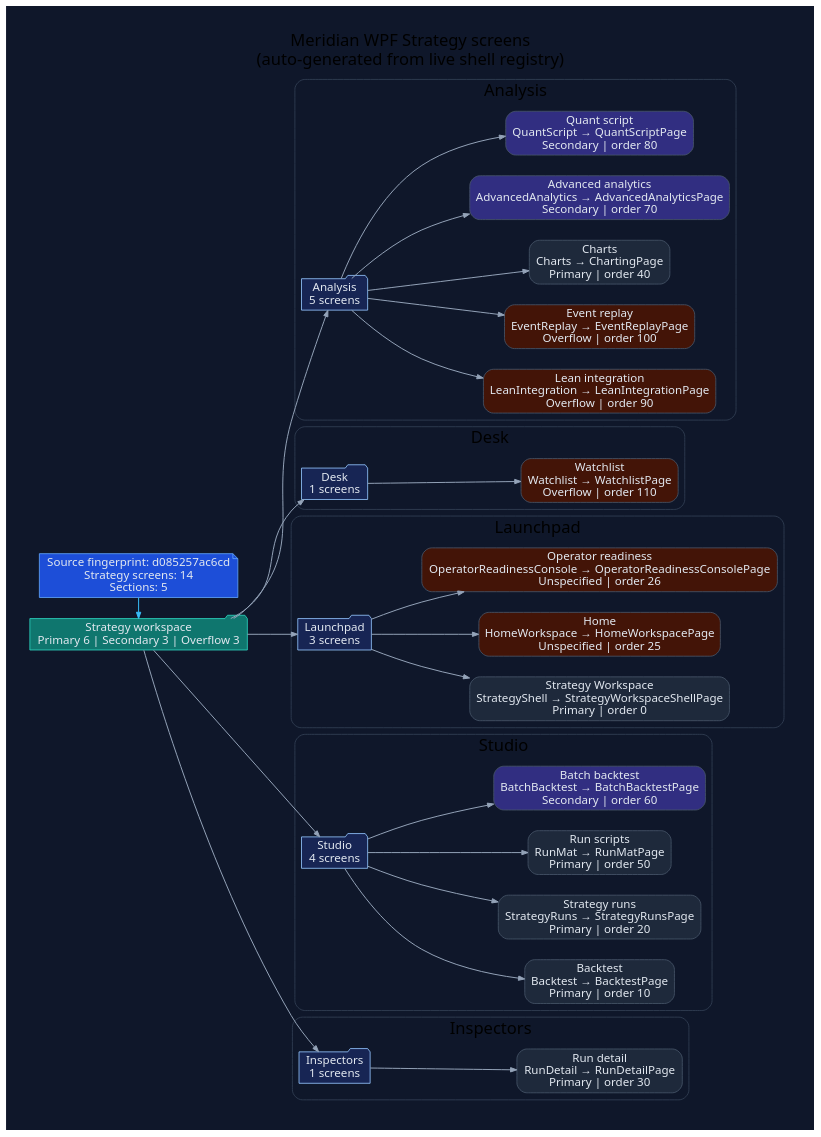
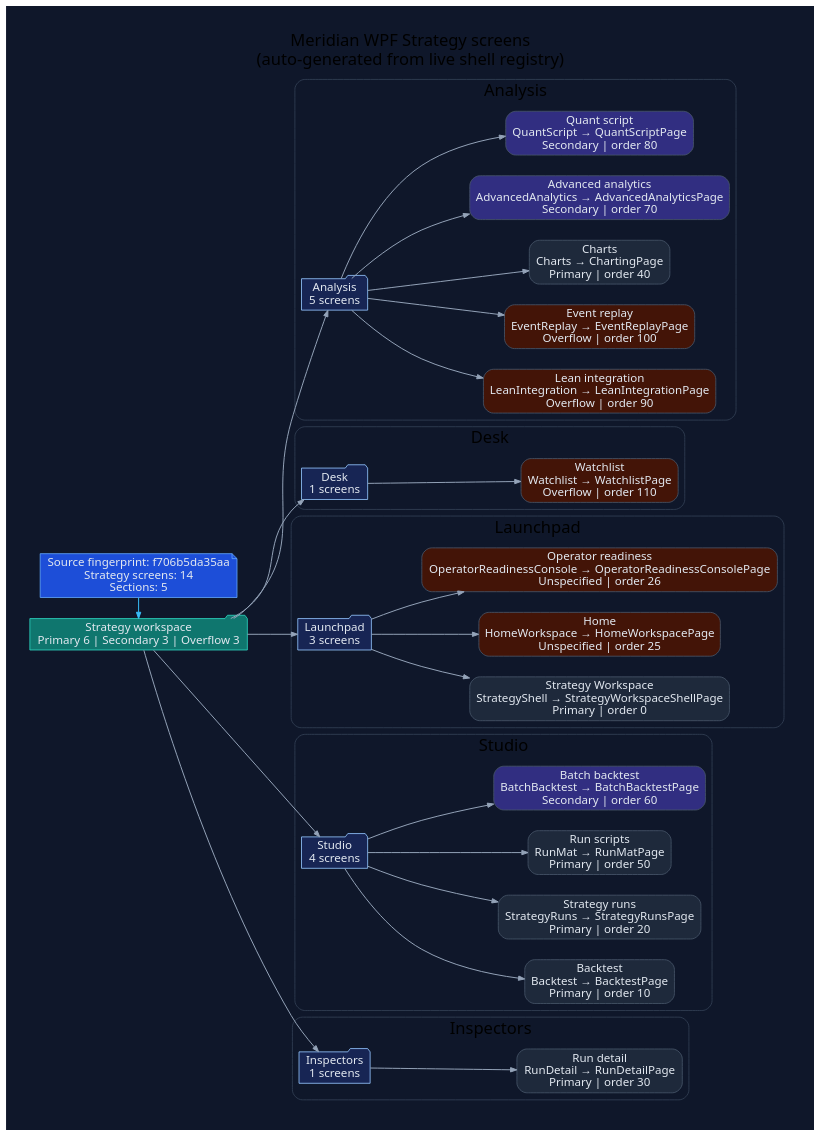
Before and after one commit to rodoHasArrived/Meridian-main: the diagram in docs/diagrams/ui-wpf-screens-strategy.dot, drawn with Graphviz. The commit also changed 430 other files, not shown here.

```diff
--- a/docs/diagrams/ui-wpf-screens-strategy.dot
+++ b/docs/diagrams/ui-wpf-screens-strategy.dot
@@ -1,94 +1,94 @@
 // -----------------------------------------------------------------------------
 // <auto-generated>
 // Generated by scripts/generate-diagrams.mjs.
 // Do not edit this file directly; update the WPF source files instead.
 // -----------------------------------------------------------------------------
 digraph WpfStrategyScreens {
   graph [
     rankdir=LR,
     labelloc=t,
     label="Meridian WPF Strategy screens\n(auto-generated from live shell registry)",
     fontname="Segoe UI",
     fontsize=20,
     pad=0.4,
     nodesep=0.35,
     ranksep=0.85,
     bgcolor="#0f172a"
   ];
   node [fontname="Segoe UI", shape=box, style="rounded,filled", color="#475569", fontcolor="#e2e8f0", fillcolor="#1e293b"];
   edge [fontname="Segoe UI", color="#94a3b8", penwidth=1.2, arrowsize=0.75];
 
-  generated [shape=note, fillcolor="#1d4ed8", color="#60a5fa", label="Source fingerprint: d085257ac6cd\nStrategy screens: 14\nSections: 5"];
+  generated [shape=note, fillcolor="#1d4ed8", color="#60a5fa", label="Source fingerprint: f706b5da35aa\nStrategy screens: 14\nSections: 5"];
   workspace [shape=folder, fillcolor="#0f766e", color="#2dd4bf", label="Strategy workspace\nPrimary 6 | Secondary 3 | Overflow 3"];
   generated -> workspace [color="#38bdf8"];
 
   subgraph cluster_section_1 {
     label="Analysis";
     color="#334155";
     style="rounded";
     section_1 [shape=folder, fillcolor="#172554", color="#93c5fd", label="Analysis\n5 screens"];
     workspace -> section_1;
     screen_LeanIntegration [fillcolor="#431407", label="Lean integration\nLeanIntegration → LeanIntegrationPage\nOverflow | order 90"];
     section_1 -> screen_LeanIntegration;
     screen_EventReplay [fillcolor="#431407", label="Event replay\nEventReplay → EventReplayPage\nOverflow | order 100"];
     section_1 -> screen_EventReplay;
     screen_Charts [fillcolor="#1e293b", label="Charts\nCharts → ChartingPage\nPrimary | order 40"];
     section_1 -> screen_Charts;
     screen_AdvancedAnalytics [fillcolor="#312e81", label="Advanced analytics\nAdvancedAnalytics → AdvancedAnalyticsPage\nSecondary | order 70"];
     section_1 -> screen_AdvancedAnalytics;
     screen_QuantScript [fillcolor="#312e81", label="Quant script\nQuantScript → QuantScriptPage\nSecondary | order 80"];
     section_1 -> screen_QuantScript;
   }
 
   subgraph cluster_section_2 {
     label="Desk";
     color="#334155";
     style="rounded";
     section_2 [shape=folder, fillcolor="#172554", color="#93c5fd", label="Desk\n1 screens"];
     workspace -> section_2;
     screen_Watchlist [fillcolor="#431407", label="Watchlist\nWatchlist → WatchlistPage\nOverflow | order 110"];
     section_2 -> screen_Watchlist;
   }
 
   subgraph cluster_section_3 {
     label="Launchpad";
     color="#334155";
     style="rounded";
     section_3 [shape=folder, fillcolor="#172554", color="#93c5fd", label="Launchpad\n3 screens"];
     workspace -> section_3;
     screen_StrategyShell [fillcolor="#1e293b", label="Strategy Workspace\nStrategyShell → StrategyWorkspaceShellPage\nPrimary | order 0"];
     section_3 -> screen_StrategyShell;
     screen_HomeWorkspace [fillcolor="#431407", label="Home\nHomeWorkspace → HomeWorkspacePage\nUnspecified | order 25"];
     section_3 -> screen_HomeWorkspace;
     screen_OperatorReadinessConsole [fillcolor="#431407", label="Operator readiness\nOperatorReadinessConsole → OperatorReadinessConsolePage\nUnspecified | order 26"];
     section_3 -> screen_OperatorReadinessConsole;
   }
 
   subgraph cluster_section_4 {
     label="Studio";
     color="#334155";
     style="rounded";
     section_4 [shape=folder, fillcolor="#172554", color="#93c5fd", label="Studio\n4 screens"];
     workspace -> section_4;
     screen_Backtest [fillcolor="#1e293b", label="Backtest\nBacktest → BacktestPage\nPrimary | order 10"];
     section_4 -> screen_Backtest;
     screen_StrategyRuns [fillcolor="#1e293b", label="Strategy runs\nStrategyRuns → StrategyRunsPage\nPrimary | order 20"];
     section_4 -> screen_StrategyRuns;
     screen_RunMat [fillcolor="#1e293b", label="Run scripts\nRunMat → RunMatPage\nPrimary | order 50"];
     section_4 -> screen_RunMat;
     screen_BatchBacktest [fillcolor="#312e81", label="Batch backtest\nBatchBacktest → BatchBacktestPage\nSecondary | order 60"];
     section_4 -> screen_BatchBacktest;
   }
 
   subgraph cluster_section_5 {
     label="Inspectors";
     color="#334155";
     style="rounded";
     section_5 [shape=folder, fillcolor="#172554", color="#93c5fd", label="Inspectors\n1 screens"];
     workspace -> section_5;
     screen_RunDetail [fillcolor="#1e293b", label="Run detail\nRunDetail → RunDetailPage\nPrimary | order 30"];
     section_5 -> screen_RunDetail;
   }
 
   { rank=min; generated; workspace; }
 }
```
